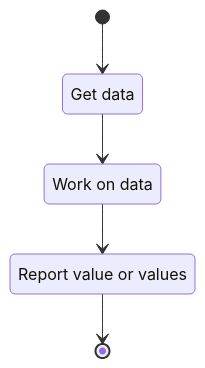
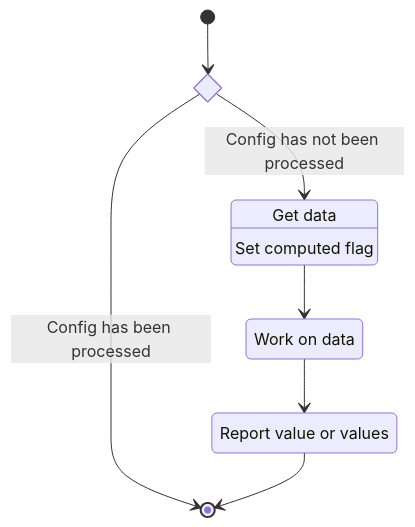
One commit to Joecstarr/thesis changed the second of 2 diagrams in sections/software/documentation/interfaces/computation.md. Above: the diagram before and after it, drawn with Mermaid. The commit also changed other lines of this file and 17 other files, not shown here.

Commit message:
Improve: Adds decorators for class diagrams. Adds two computations for arborescent generation.

````diff
--- a/sections/software/documentation/interfaces/computation.md
+++ b/sections/software/documentation/interfaces/computation.md
@@ -71,10 +71,14 @@
 ```mermaid
 stateDiagram-v2
     state "Get data" as gd
     state "Work on data" as wod
     state "Report value or values" as rv
-    [*] --> gd
+    state check_flag <<choice>>
+    state "Set computed flag" as gd
+    [*] --> check_flag
+    check_flag --> gd : Config has not been processed
+    check_flag --> [*]  : Config has been processed
     gd  -->  wod
     wod --> rv
     rv  -->  [*]
 ```
````
